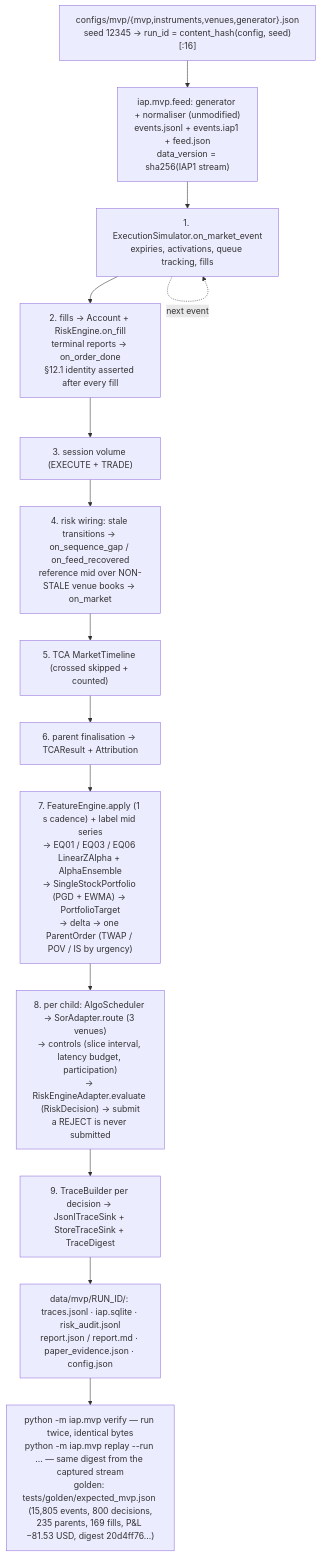
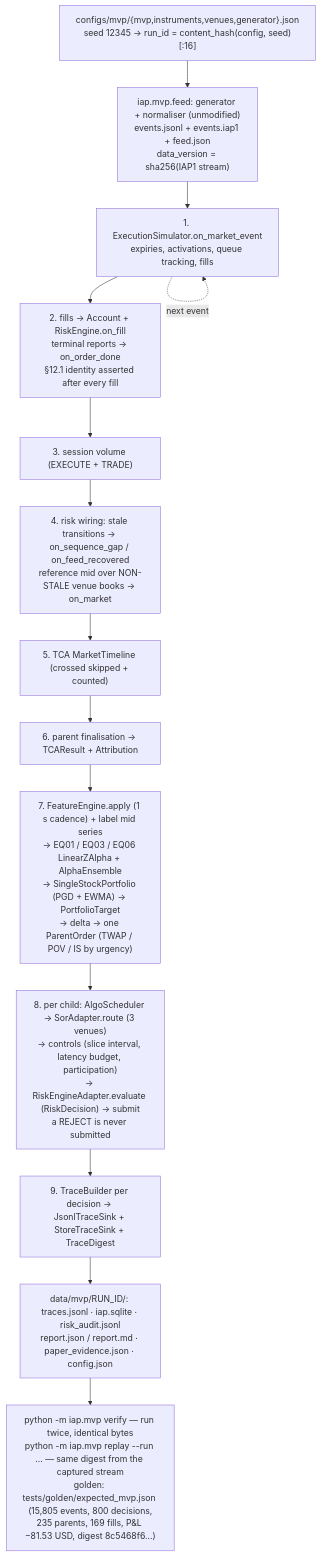
The diagram in docs/diagrams/mvp_loop.mmd (AshJha0/intraday-alpha-platform), drawn with Mermaid before and after one commit. The commit also changed 123 other files, not shown here.

First line of the commit message:
v1.14 research stats: regenerated artefacts (CI regenerate run 38131023909), tests and docs

```diff
--- a/docs/diagrams/mvp_loop.mmd
+++ b/docs/diagrams/mvp_loop.mmd
@@ -1,15 +1,15 @@
 flowchart TD
     %% python -m iap.mvp run — docs/MVP.md §3; per-event order of MvpEngine.on_event.
     CFG["configs/mvp/{mvp,instruments,venues,generator}.json<br/>seed 12345 → run_id = content_hash(config, seed)[:16]"] --> FEED["iap.mvp.feed: generator + normaliser (unmodified)<br/>events.jsonl + events.iap1 + feed.json<br/>data_version = sha256(IAP1 stream)"]
     FEED --> SIM["1. ExecutionSimulator.on_market_event<br/>expiries, activations, queue tracking, fills"]
     SIM --> ACC["2. fills → Account + RiskEngine.on_fill<br/>terminal reports → on_order_done<br/>§12.1 identity asserted after every fill"]
     ACC --> VOL["3. session volume (EXECUTE + TRADE)"]
     VOL --> MARK["4. risk wiring: stale transitions → on_sequence_gap / on_feed_recovered<br/>reference mid over NON-STALE venue books → on_market"]
     MARK --> TL["5. TCA MarketTimeline (crossed skipped + counted)"]
     TL --> FIN["6. parent finalisation → TCAResult + Attribution"]
     FIN --> FEAT["7. FeatureEngine.apply (1 s cadence) + label mid series<br/>→ EQ01 / EQ03 / EQ06 LinearZAlpha + AlphaEnsemble<br/>→ SingleStockPortfolio (PGD + EWMA) → PortfolioTarget<br/>→ delta → one ParentOrder (TWAP / POV / IS by urgency)"]
     FEAT --> CHILD["8. per child: AlgoScheduler → SorAdapter.route (3 venues)<br/>→ controls (slice interval, latency budget, participation)<br/>→ RiskEngineAdapter.evaluate (RiskDecision) → submit<br/>a REJECT is never submitted"]
     CHILD --> TRACE["9. TraceBuilder per decision → JsonlTraceSink + StoreTraceSink + TraceDigest"]
     TRACE --> OUT["data/mvp/RUN_ID/: traces.jsonl · iap.sqlite · risk_audit.jsonl<br/>report.json / report.md · paper_evidence.json · config.json"]
-    OUT --> VERIFY["python -m iap.mvp verify — run twice, identical bytes<br/>python -m iap.mvp replay --run … — same digest from the captured stream<br/>golden: tests/golden/expected_mvp.json (15,805 events, 800 decisions,<br/>235 parents, 169 fills, P&L −81.53 USD, digest 20d4ff76…)"]
+    OUT --> VERIFY["python -m iap.mvp verify — run twice, identical bytes<br/>python -m iap.mvp replay --run … — same digest from the captured stream<br/>golden: tests/golden/expected_mvp.json (15,805 events, 800 decisions,<br/>235 parents, 169 fills, P&L −81.53 USD, digest 8c5468f6…)"]
     SIM -. "next event" .-> SIM
```
